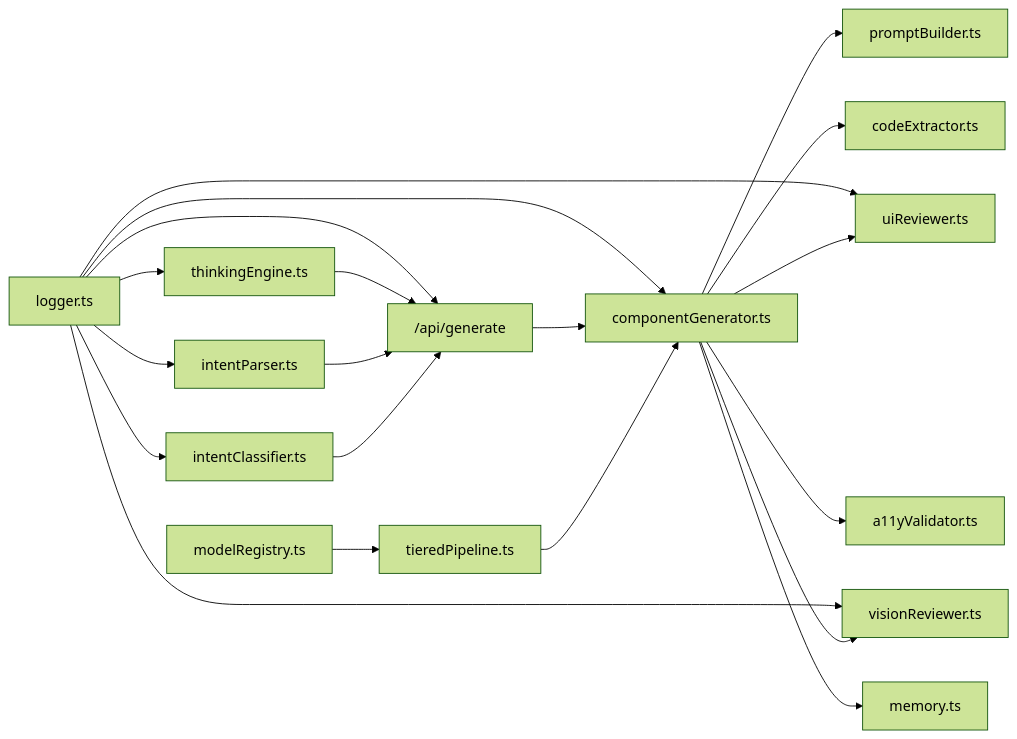
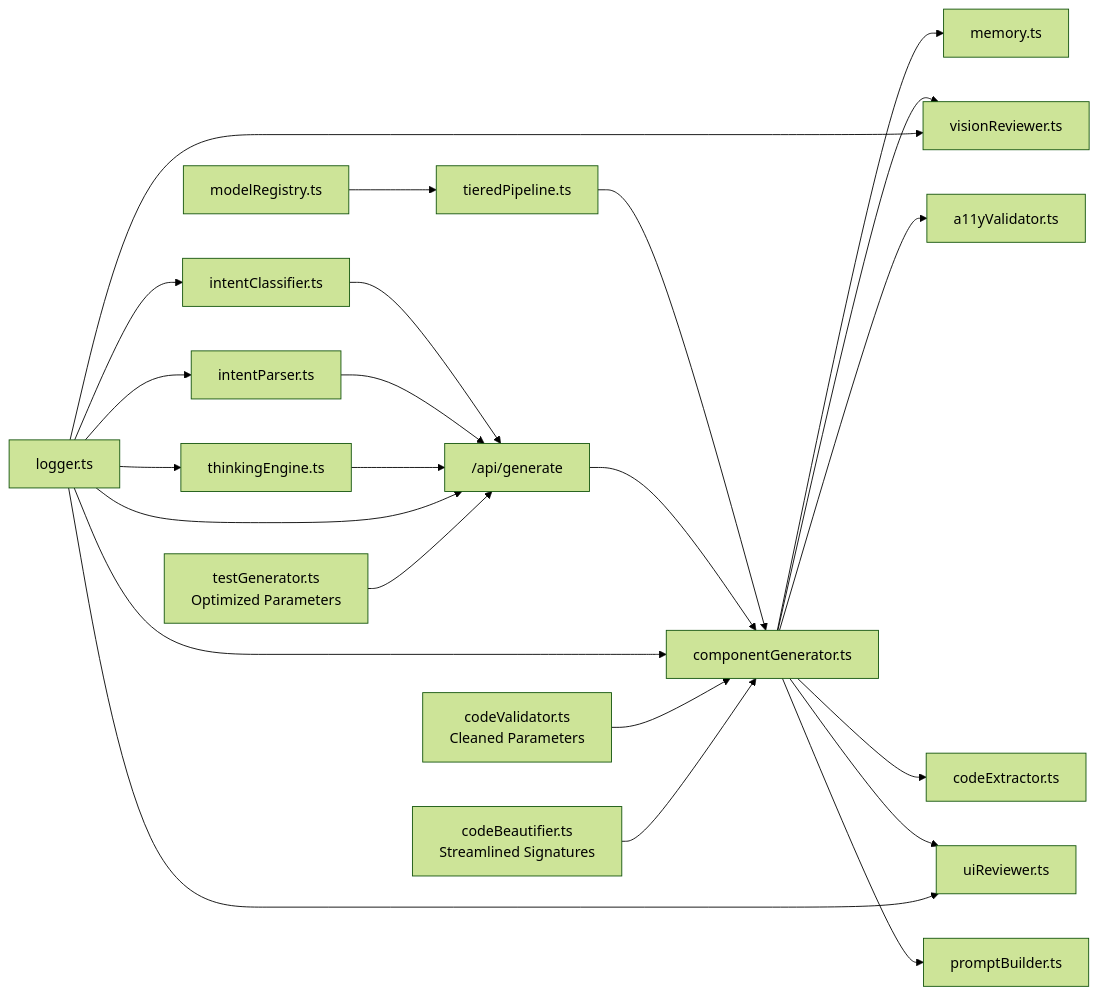
One commit to shekhargiri005-dotcom/AI-powered-accessibility-first-UI-engine changed diagram 16 of 16 in .qoder/repowiki/en/content/Architecture & Design/Layered Architecture/Business Logic Layer/AI Generation Pipeline.md. Above: the diagram before and after it, drawn with Mermaid (forest theme). The commit also changed other lines of this file and 8 other files, not shown here.

````diff
--- a/.qoder/repowiki/en/content/Architecture & Design/Layered Architecture/Business Logic Layer/AI Generation Pipeline.md
+++ b/.qoder/repowiki/en/content/Architecture & Design/Layered Architecture/Business Logic Layer/AI Generation Pipeline.md
@@ -680,22 +765,25 @@
 ```mermaid
 graph LR
 MR["modelRegistry.ts"] --> TP["tieredPipeline.ts"]
 TP --> CG["componentGenerator.ts"]
 CG --> PB["promptBuilder.ts"]
 CG --> CE["codeExtractor.ts"]
 CG --> UR["uiReviewer.ts"]
 CG --> VR["visionReviewer.ts"]
 CG --> AV["a11yValidator.ts"]
 CG --> MM["memory.ts"]
 IC["intentClassifier.ts"] --> API["/api/generate"]
 IP["intentParser.ts"] --> API
 API --> CG
 TE["thinkingEngine.ts"] --> API
 LOG["logger.ts"] --> API
 LOG --> IC
 LOG --> IP
 LOG --> CG
 LOG --> TE
 LOG --> UR
 LOG --> VR
+CV["codeValidator.ts<br/>Cleaned Parameters"] --> CG
+CB["codeBeautifier.ts<br/>Streamlined Signatures"] --> CG
+TG["testGenerator.ts<br/>Optimized Parameters"] --> API
 ```
````
